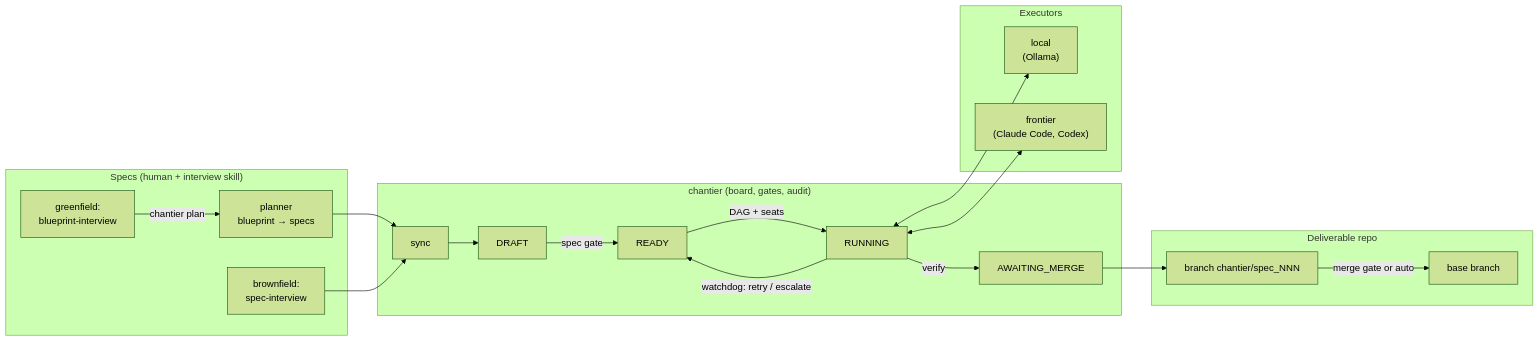
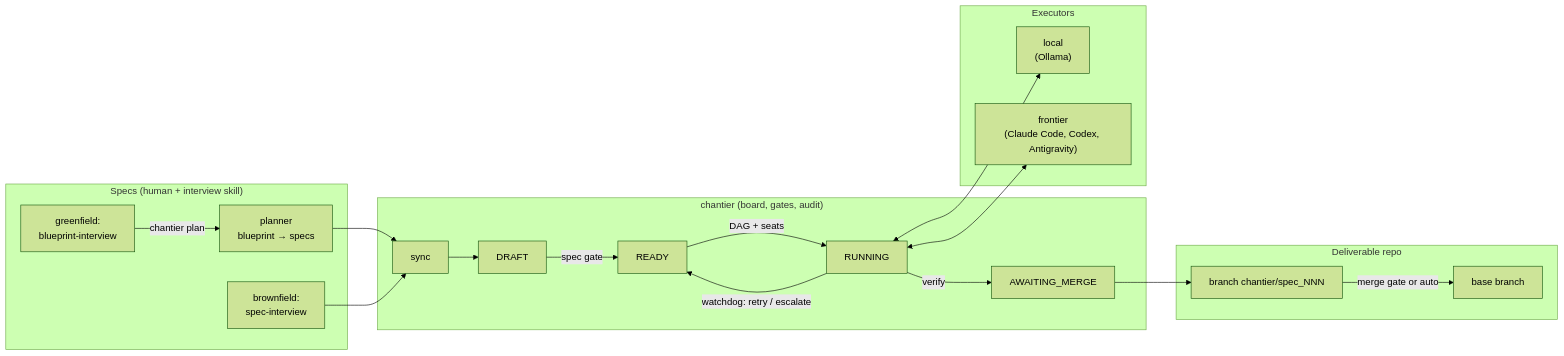
Before and after one commit to esavard/chantier: the diagram in README.md, drawn with Mermaid (forest theme). The commit also changed other lines of this file and 11 other files, not shown here.

First line of the commit message:
feat: support Google Antigravity and enable Codex executors

````diff
--- a/README.md
+++ b/README.md
@@ -7,32 +7,32 @@
 ```mermaid
 flowchart LR
     subgraph intake["Specs (human + interview skill)"]
         BI["greenfield:<br/>blueprint-interview"] -->|chantier plan| PL["planner<br/>blueprint → specs"]
         SI["brownfield:<br/>spec-interview"]
     end
 
     subgraph factory["chantier (board, gates, audit)"]
         SY[sync] --> DR[DRAFT]
         DR -->|spec gate| RE[READY]
         RE -->|DAG + seats| RU[RUNNING]
         RU -->|watchdog: retry / escalate| RE
         RU -->|verify| AM[AWAITING_MERGE]
     end
 
     subgraph exec["Executors"]
         LO["local<br/>(Ollama)"]
-        FR["frontier<br/>(Claude Code, Codex)"]
+        FR["frontier<br/>(Claude Code, Codex, Antigravity)"]
     end
 
     subgraph repo["Deliverable repo"]
         BR["branch chantier/spec_NNN"]
         BASE["base branch"]
     end
 
     PL --> SY
     SI --> SY
     RU <--> LO
     RU <--> FR
     AM --> BR
     BR -->|merge gate or auto| BASE
 ```
````
